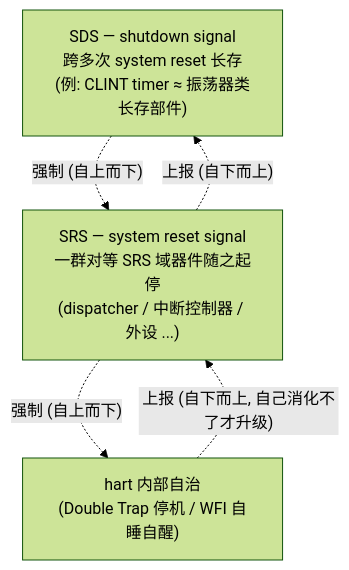
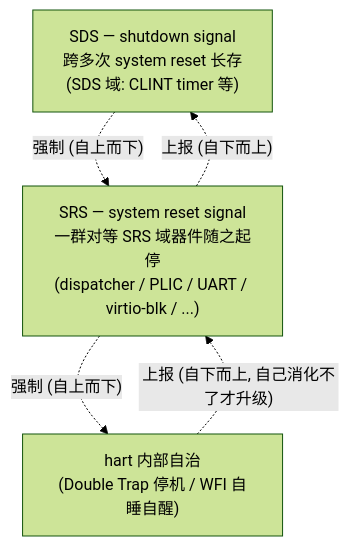
The first of 2 diagrams in README.md (LiuJiLan/riscv-jit-emulator), drawn with Mermaid (forest theme) before and after one commit. The commit also changed other lines of this file and 2 other files, not shown here.

````diff
--- a/README.md
+++ b/README.md
@@ -28,10 +28,10 @@
 ```mermaid
 graph TB
-    SDS["SDS — shutdown signal<br/>跨多次 system reset 长存<br/>(例: CLINT timer ≈ 振荡器类长存部件)"]
-    SRS["SRS — system reset signal<br/>一群对等 SRS 域器件随之起停<br/>(dispatcher / 中断控制器 / 外设 ...)"]
+    SDS["SDS — shutdown signal<br/>跨多次 system reset 长存<br/>(SDS 域: CLINT timer 等)"]
+    SRS["SRS — system reset signal<br/>一群对等 SRS 域器件随之起停<br/>(dispatcher / PLIC / UART / virtio-blk / ...)"]
     HR["hart 内部自治<br/>(Double Trap 停机 / WFI 自睡自醒)"]
     SDS -. "强制 (自上而下)" .-> SRS
     SRS -. "强制 (自上而下)" .-> HR
     HR -. "上报 (自下而上, 自己消化不了才升级)" .-> SRS
     SRS -. "上报 (自下而上)" .-> SDS
 ```
````
